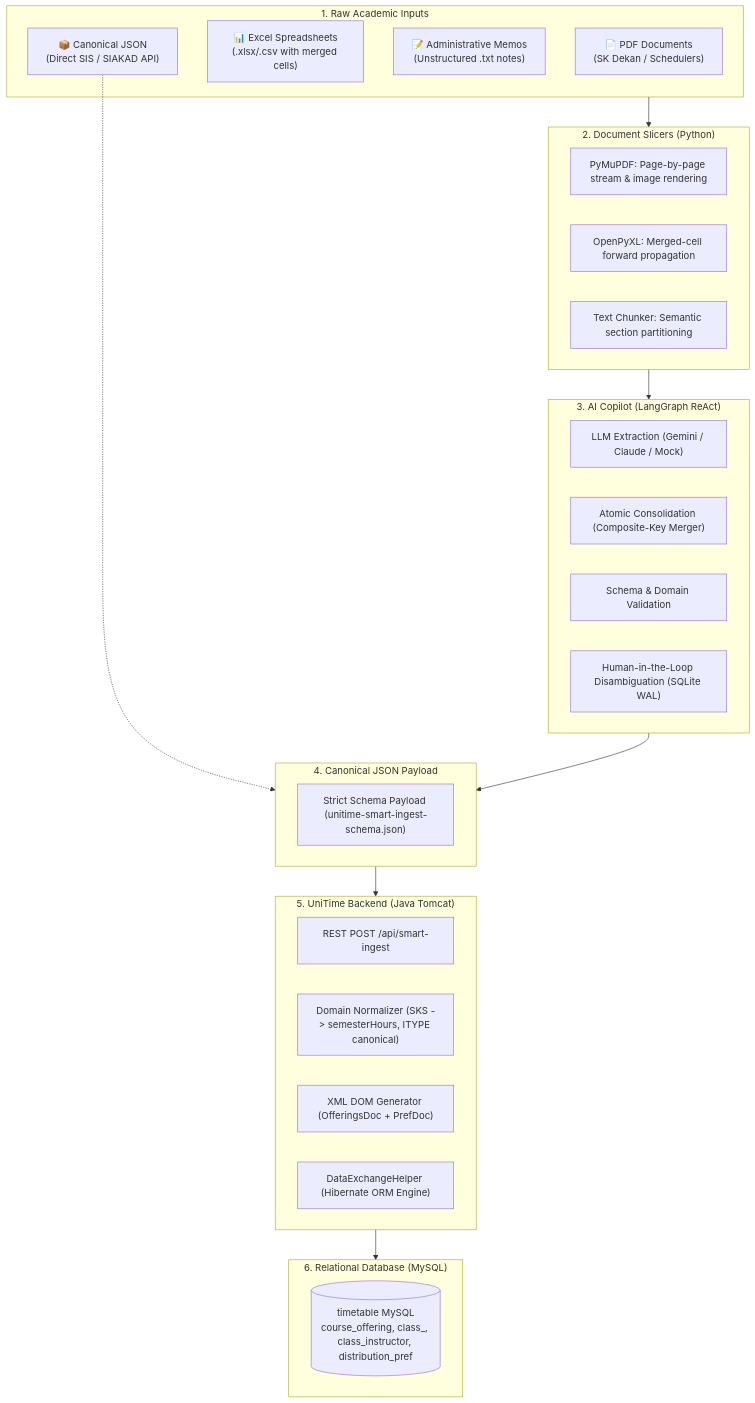
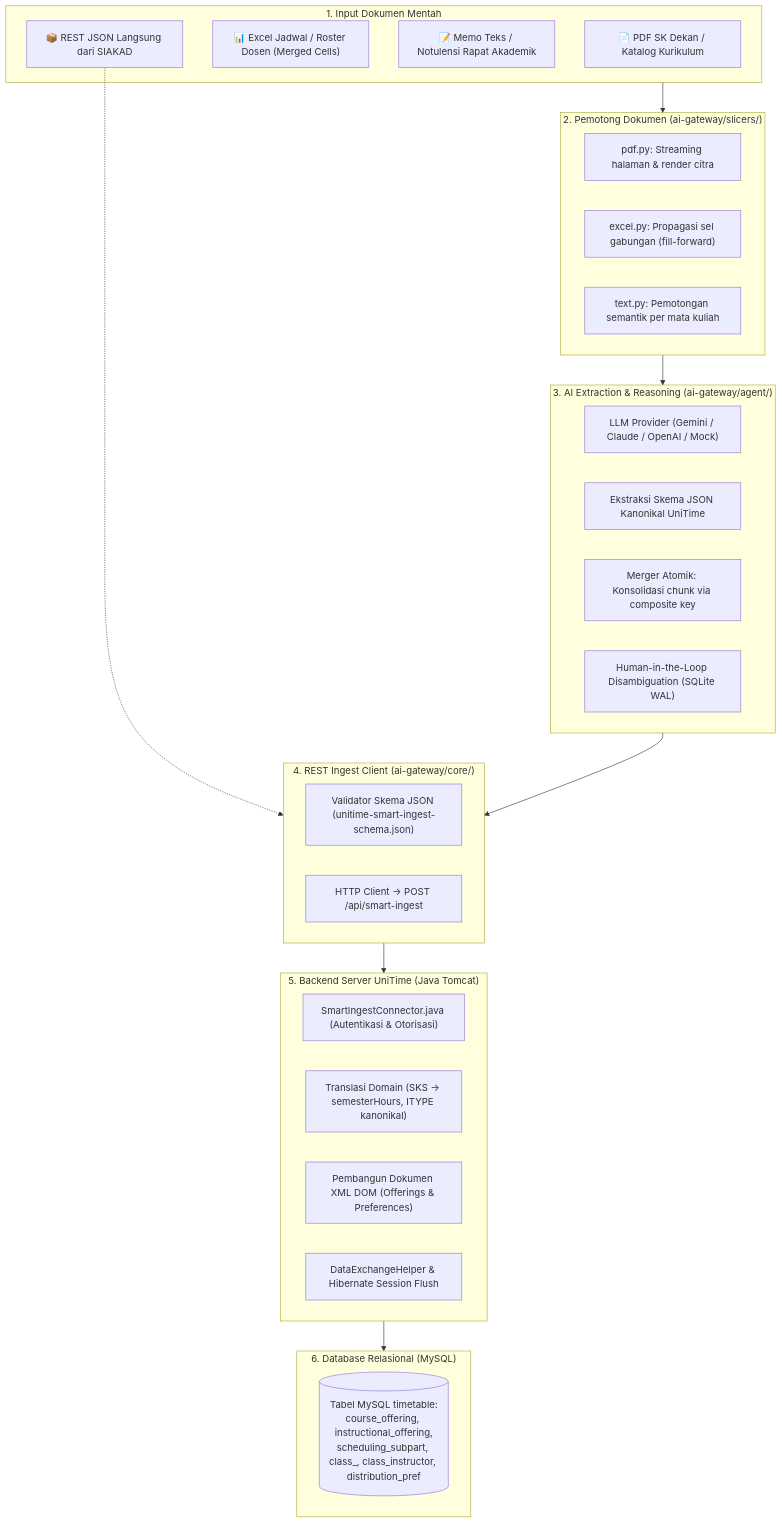
The second of 2 diagrams in README.md (hanafishiddiq/unitime), drawn with Mermaid before and after one commit. The commit also changed other lines of this file, not shown here.

Commit message:
docs: rewrite README to emphasize AI Ingestion Gateway value proposition and pipeline

````diff
--- a/README.md
+++ b/README.md
@@ -66,44 +103,45 @@
 ```mermaid
 flowchart TD
-    subgraph INPUT["1. Raw Academic Inputs"]
-        A1["📄 PDF Documents<br/>(SK Dekan / Schedulers)"]
-        A2["📊 Excel Spreadsheets<br/>(.xlsx/.csv with merged cells)"]
-        A3["📝 Administrative Memos<br/>(Unstructured .txt notes)"]
-        A4["📦 Canonical JSON<br/>(Direct SIS / SIAKAD API)"]
+    subgraph INPUT["1. Input Dokumen Mentah"]
+        A1["📄 PDF SK Dekan / Katalog Kurikulum"]
+        A2["📊 Excel Jadwal / Roster Dosen (Merged Cells)"]
+        A3["📝 Memo Teks / Notulensi Rapat Akademik"]
+        A4["📦 REST JSON Langsung dari SIAKAD"]
     end
 
-    subgraph SLICERS["2. Document Slicers (Python)"]
-        B1["PyMuPDF: Page-by-page stream & image rendering"]
-        B2["OpenPyXL: Merged-cell forward propagation"]
-        B3["Text Chunker: Semantic section partitioning"]
+    subgraph SLICER["2. Pemotong Dokumen (ai-gateway/slicers/)"]
+        B1["pdf.py: Streaming halaman & render citra"]
+        B2["excel.py: Propagasi sel gabungan (fill-forward)"]
+        B3["text.py: Pemotongan semantik per mata kuliah"]
     end
 
-    subgraph AGENT["3. AI Copilot (LangGraph ReAct)"]
-        C1["LLM Extraction (Gemini / Claude / Mock)"]
-        C2["Atomic Consolidation (Composite-Key Merger)"]
-        C3["Schema & Domain Validation"]
+    subgraph AGENT["3. AI Extraction & Reasoning (ai-gateway/agent/)"]
+        C1["LLM Provider (Gemini / Claude / OpenAI / Mock)"]
+        C2["Ekstraksi Skema JSON Kanonikal UniTime"]
+        C3["Merger Atomik: Konsolidasi chunk via composite key"]
         C4["Human-in-the-Loop Disambiguation (SQLite WAL)"]
     end
 
-    subgraph CANONICAL["4. Canonical JSON Payload"]
-        D1["Strict Schema Payload (unitime-smart-ingest-schema.json)"]
+    subgraph REST["4. REST Ingest Client (ai-gateway/core/)"]
+        D1["Validator Skema JSON (unitime-smart-ingest-schema.json)"]
+        D2["HTTP Client -> POST /api/smart-ingest"]
     end
 
-    subgraph BACKEND["5. UniTime Backend (Java Tomcat)"]
-        E1["REST POST /api/smart-ingest"]
-        E2["Domain Normalizer (SKS -> semesterHours, ITYPE canonical)"]
-        E3["XML DOM Generator (OfferingsDoc + PrefDoc)"]
-        E4["DataExchangeHelper (Hibernate ORM Engine)"]
+    subgraph BACKEND["5. Backend Server UniTime (Java Tomcat)"]
+        E1["SmartIngestConnector.java (Autentikasi & Otorisasi)"]
+        E2["Translasi Domain (SKS -> semesterHours, ITYPE kanonikal)"]
+        E3["Pembangun Dokumen XML DOM (Offerings & Preferences)"]
+        E4["DataExchangeHelper & Hibernate Session Flush"]
     end
 
-    subgraph STORAGE["6. Relational Database (MySQL)"]
-        F1[("timetable MySQL<br/>course_offering, class_, class_instructor, distribution_pref")]
+    subgraph DB["6. Database Relasional (MySQL)"]
+        F1[("Tabel MySQL timetable:<br/>course_offering, instructional_offering,<br/>scheduling_subpart, class_, class_instructor, distribution_pref")]
     end
 
-    INPUT --> SLICERS
-    A4 -.-> CANONICAL
-    SLICERS --> AGENT
-    AGENT --> CANONICAL
-    CANONICAL --> BACKEND
-    BACKEND --> STORAGE
+    INPUT --> SLICER
+    A4 -.-> REST
+    SLICER --> AGENT
+    AGENT --> REST
+    REST --> BACKEND
+    BACKEND --> DB
 ```
````
